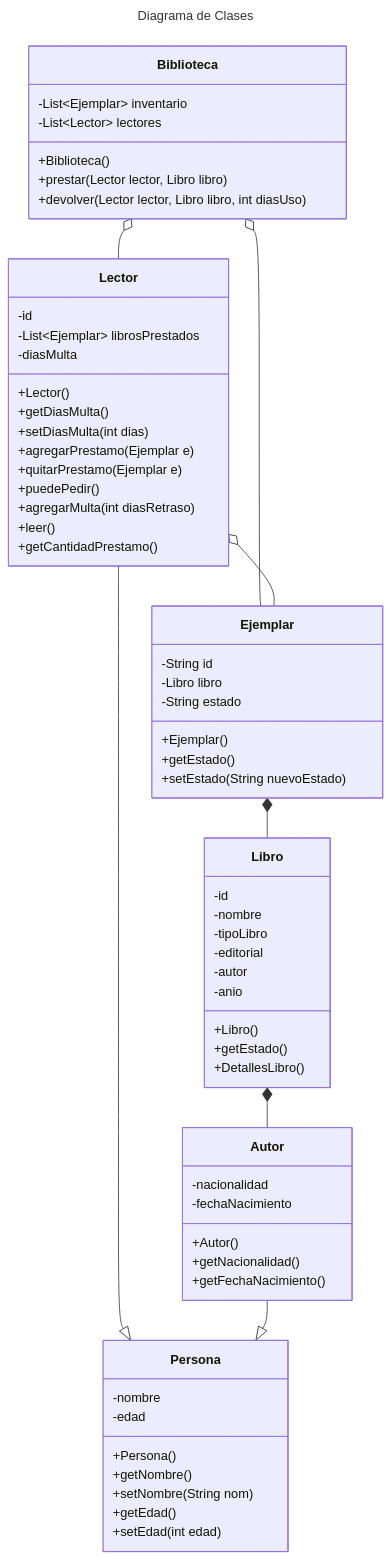
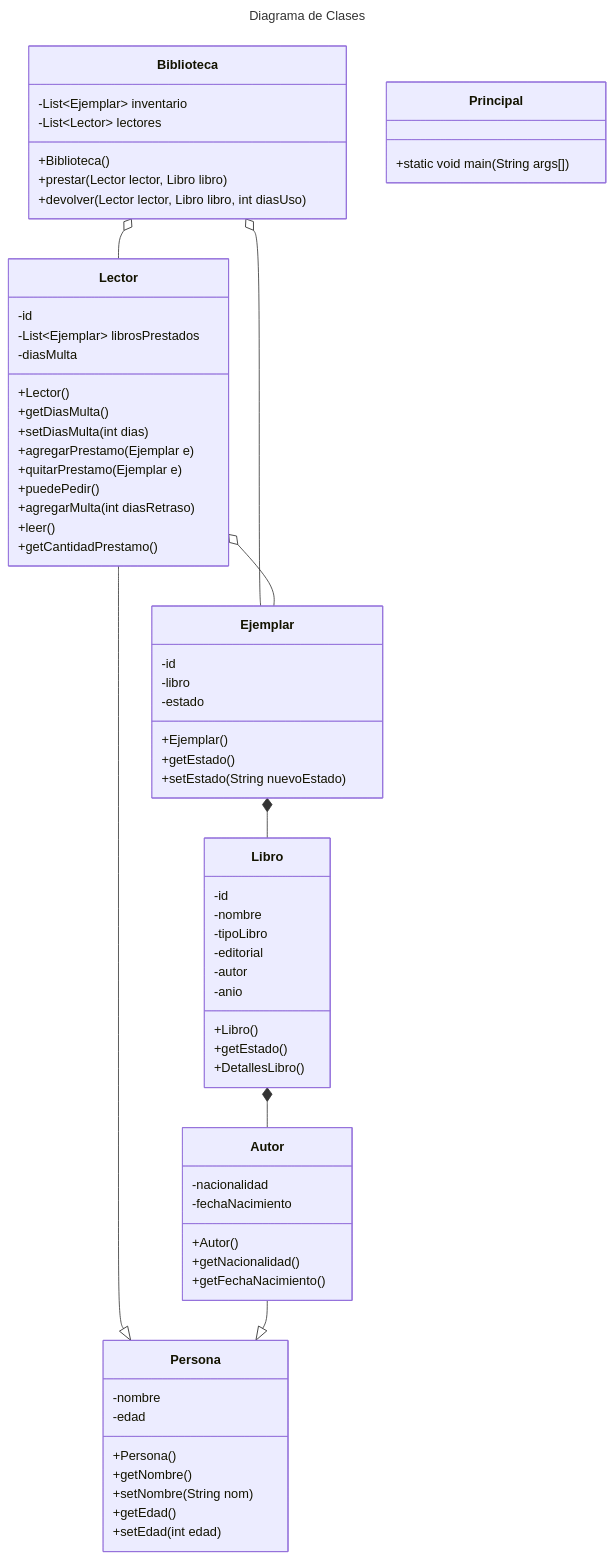
Before and after one commit to mauryci2/Jaime-Felix-POO-Base: the diagram in README.md, drawn with Mermaid.

Commit message:
agregue el main en la clase Principal
Added main method to Principal class and updated Ejemplar attributes.

````diff
--- a/README.md
+++ b/README.md
@@ -7,73 +7,76 @@
 ```mermaid
 ---
 title: Diagrama de Clases
 ---
 classDiagram
       Lector --|> Persona
       Autor --|> Persona
 
       Biblioteca o-- Ejemplar
       Biblioteca o-- Lector
       Ejemplar *-- Libro
       Libro *-- Autor
       Lector o-- Ejemplar
+      class Principal{
+            +static void main(String args[])
+      }
       class Biblioteca{
             -List~Ejemplar~ inventario
             -List~Lector~ lectores
             +Biblioteca()
             +prestar(Lector lector, Libro libro)
             +devolver(Lector lector, Libro libro, int diasUso)
             
       }
             
       class Libro{
             -id
             -nombre
             -tipoLibro
             -editorial
             -autor
             -anio
             +Libro()
             +getEstado()
             +DetallesLibro()
             
       }
       class Lector{
             -id
             -List~Ejemplar~ librosPrestados
             -diasMulta
             +Lector()
             +getDiasMulta()
             +setDiasMulta(int dias)
             +agregarPrestamo(Ejemplar e)
             +quitarPrestamo(Ejemplar e)
             +puedePedir()
             +agregarMulta(int diasRetraso)
             +leer()
             +getCantidadPrestamo()
             }
       class Ejemplar {
-            -String id
-            -Libro libro
-            -String estado
+            -id
+            -libro
+            -estado
             +Ejemplar()
             +getEstado()
             +setEstado(String nuevoEstado)
       }
       class Autor{
             -nacionalidad
             -fechaNacimiento
             +Autor()
             +getNacionalidad()
             +getFechaNacimiento()
       }
       class Persona{
             -nombre
             -edad
             +Persona()
             +getNombre()
             +setNombre(String nom)
             +getEdad()
             +setEdad(int edad)
       }
 ```
````
